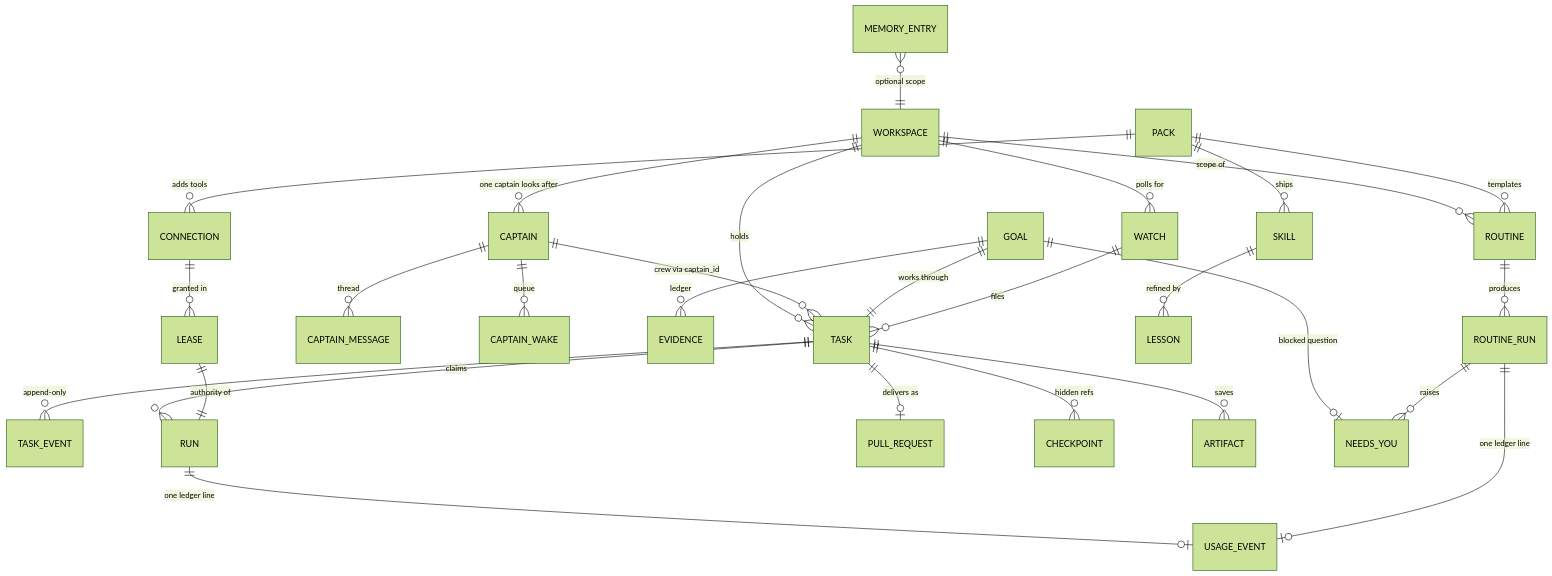
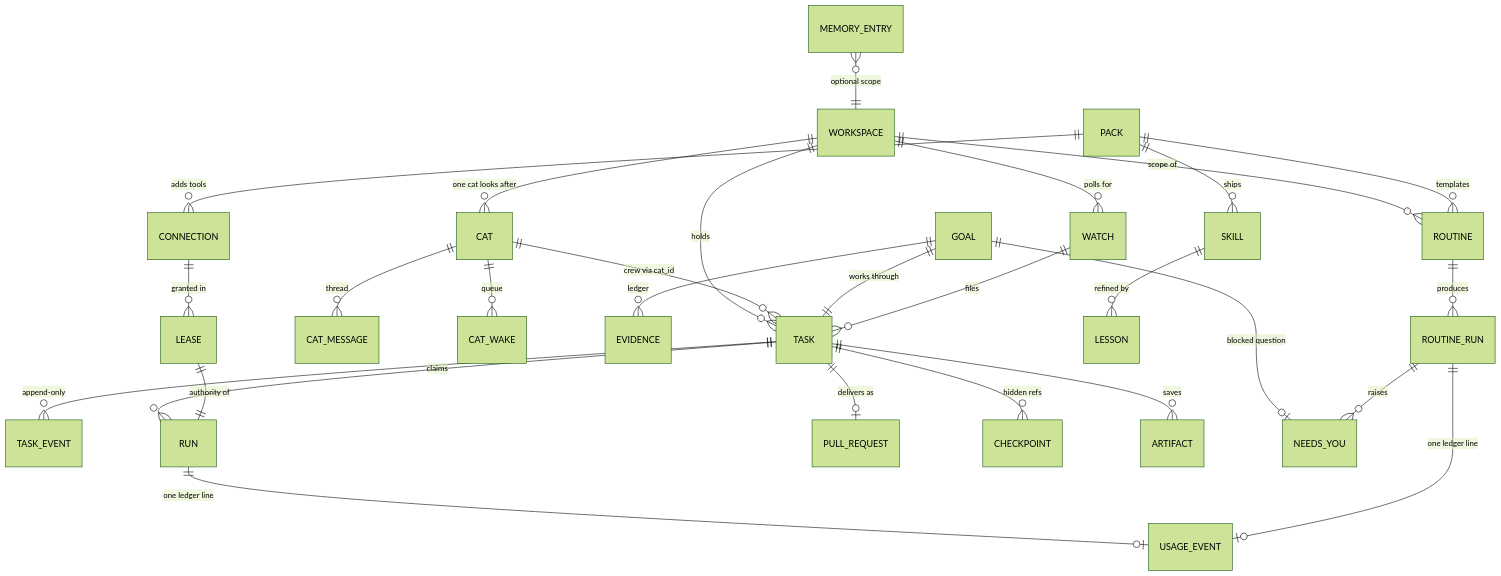
One commit to NishantEC/neko changed the seventh of 7 diagrams in docs/architecture/system-map-2026-11.md. Above: the diagram before and after it, drawn with Mermaid (forest theme). The commit also changed other lines of this file and 52 other files, not shown here.

First line of the commit message:
refactor(cats): Neko's words: captain becomes cat everywhere

````diff
--- a/docs/architecture/system-map-2026-11.md
+++ b/docs/architecture/system-map-2026-11.md
@@ -531,30 +531,30 @@
 ```mermaid
 erDiagram
   WORKSPACE ||--o{ TASK : "holds"
-  WORKSPACE ||--o{ CAPTAIN : "one captain looks after"
+  WORKSPACE ||--o{ CAT : "one cat looks after"
   WORKSPACE ||--o{ ROUTINE : "scope of"
   WORKSPACE ||--o{ WATCH : "polls for"
-  CAPTAIN ||--o{ TASK : "crew via captain_id"
-  CAPTAIN ||--o{ CAPTAIN_MESSAGE : "thread"
-  CAPTAIN ||--o{ CAPTAIN_WAKE : "queue"
+  CAT ||--o{ TASK : "crew via cat_id"
+  CAT ||--o{ CAT_MESSAGE : "thread"
+  CAT ||--o{ CAT_WAKE : "queue"
   TASK ||--o{ TASK_EVENT : "append-only"
   TASK ||--o{ RUN : "claims"
   TASK ||--o| PULL_REQUEST : "delivers as"
   TASK ||--o{ CHECKPOINT : "hidden refs"
   TASK ||--o{ ARTIFACT : "saves"
   GOAL ||--|| TASK : "works through"
   GOAL ||--o{ EVIDENCE : "ledger"
   GOAL ||--o| NEEDS_YOU : "blocked question"
   ROUTINE ||--o{ ROUTINE_RUN : "produces"
   ROUTINE_RUN ||--o{ NEEDS_YOU : "raises"
   WATCH ||--o{ TASK : "files"
   RUN ||--o| USAGE_EVENT : "one ledger line"
   ROUTINE_RUN ||--o| USAGE_EVENT : "one ledger line"
   PACK ||--o{ ROUTINE : "templates"
   PACK ||--o{ SKILL : "ships"
   PACK ||--o{ CONNECTION : "adds tools"
   SKILL ||--o{ LESSON : "refined by"
   MEMORY_ENTRY }o--|| WORKSPACE : "optional scope"
   LEASE ||--|| RUN : "authority of"
   CONNECTION ||--o{ LEASE : "granted in"
 ```
````
